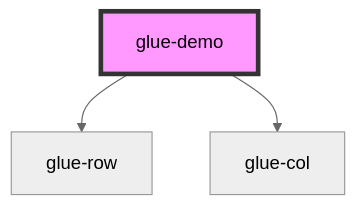
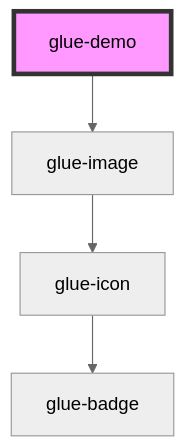
Before and after one commit to grasilife/glue: the diagram in packages/glue-components/src/components/glue-demo/readme.md, drawn with Mermaid (neutral theme). The commit also changed other lines of this file and 5 other files, not shown here.

````diff
--- a/packages/glue-components/src/components/glue-demo/readme.md
+++ b/packages/glue-components/src/components/glue-demo/readme.md
@@ -23,6 +22,7 @@
 ```mermaid
 graph TD;
-  glue-demo --> glue-row
-  glue-demo --> glue-col
+  glue-demo --> glue-image
+  glue-image --> glue-icon
+  glue-icon --> glue-badge
   style glue-demo fill:#f9f,stroke:#333,stroke-width:4px
 ```
````
